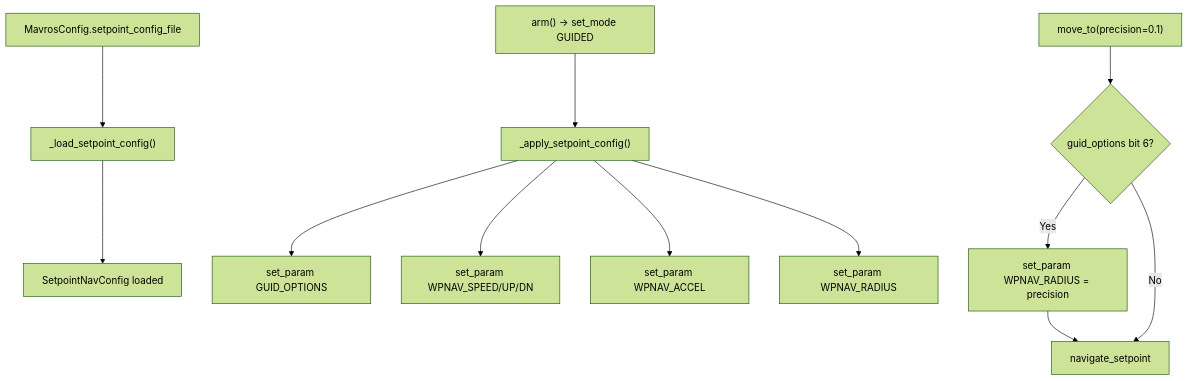
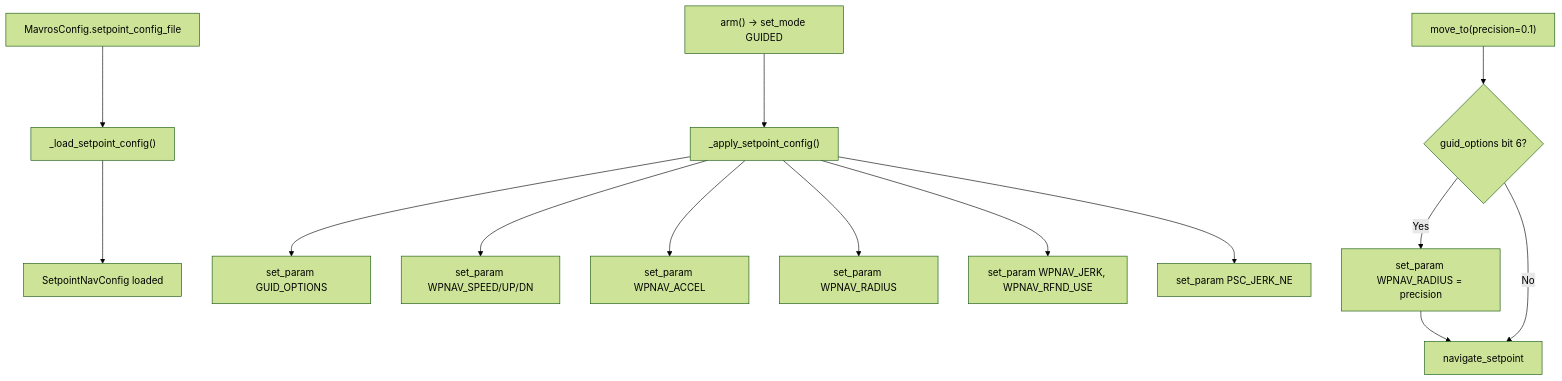
Before and after one commit to Black-Bee-Drones/nectar-sdk: the third of 3 diagrams in nectar/nectar/control/mavros/README.md, drawn with Mermaid (forest theme). The commit also changed other lines of this file and 1 other file, not shown here.

Commit message:
feat: add jerk and rangefinder parameters to SetpointNavConfig

````diff
--- a/nectar/nectar/control/mavros/README.md
+++ b/nectar/nectar/control/mavros/README.md
@@ -758,14 +765,16 @@
 ```mermaid
 flowchart TD
     A["MavrosConfig.setpoint_config_file"] --> B["_load_setpoint_config()"]
     B --> C["SetpointNavConfig loaded"]
     D["arm() → set_mode GUIDED"] --> E["_apply_setpoint_config()"]
     E --> F["set_param GUID_OPTIONS"]
     E --> G["set_param WPNAV_SPEED/UP/DN"]
     E --> H["set_param WPNAV_ACCEL"]
     E --> I["set_param WPNAV_RADIUS"]
+    E --> Ij["set_param WPNAV_JERK, WPNAV_RFND_USE"]
+    E --> Ip["set_param PSC_JERK_NE"]
     J["move_to(precision=0.1)"] --> K{"guid_options bit 6?"}
     K -->|Yes| L["set_param WPNAV_RADIUS = precision"]
     L --> M["navigate_setpoint"]
     K -->|No| M
 ```
````
